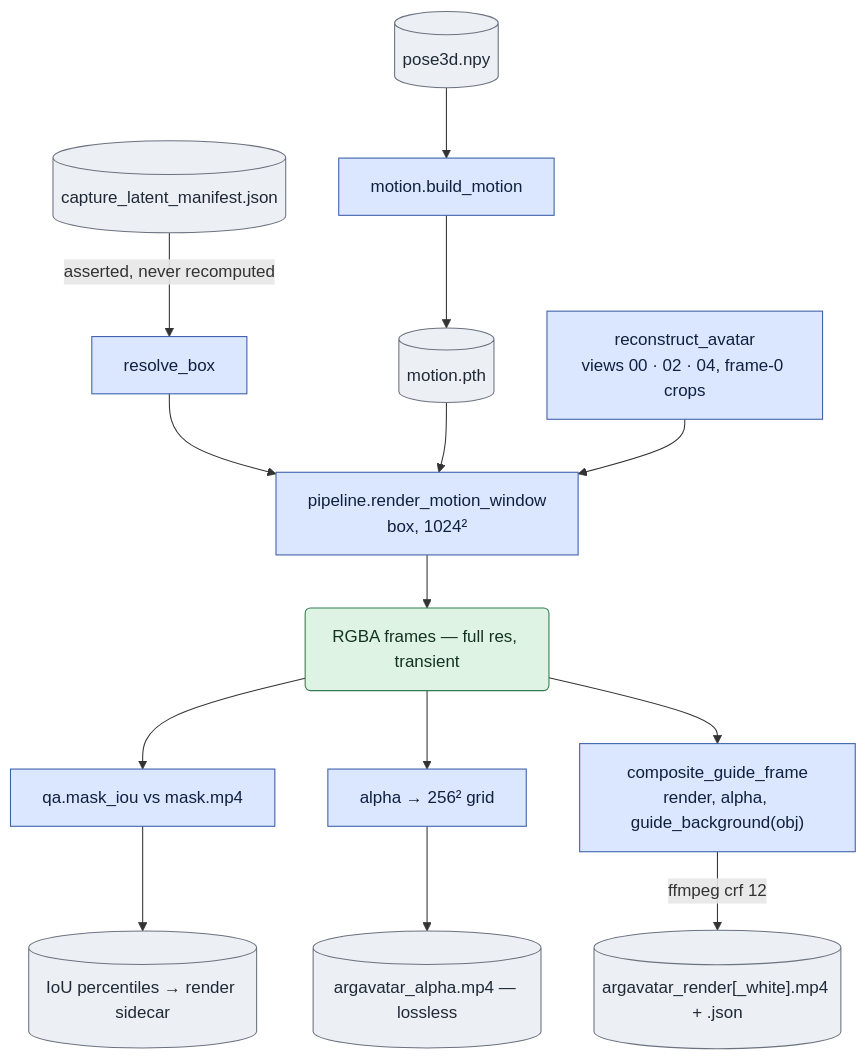
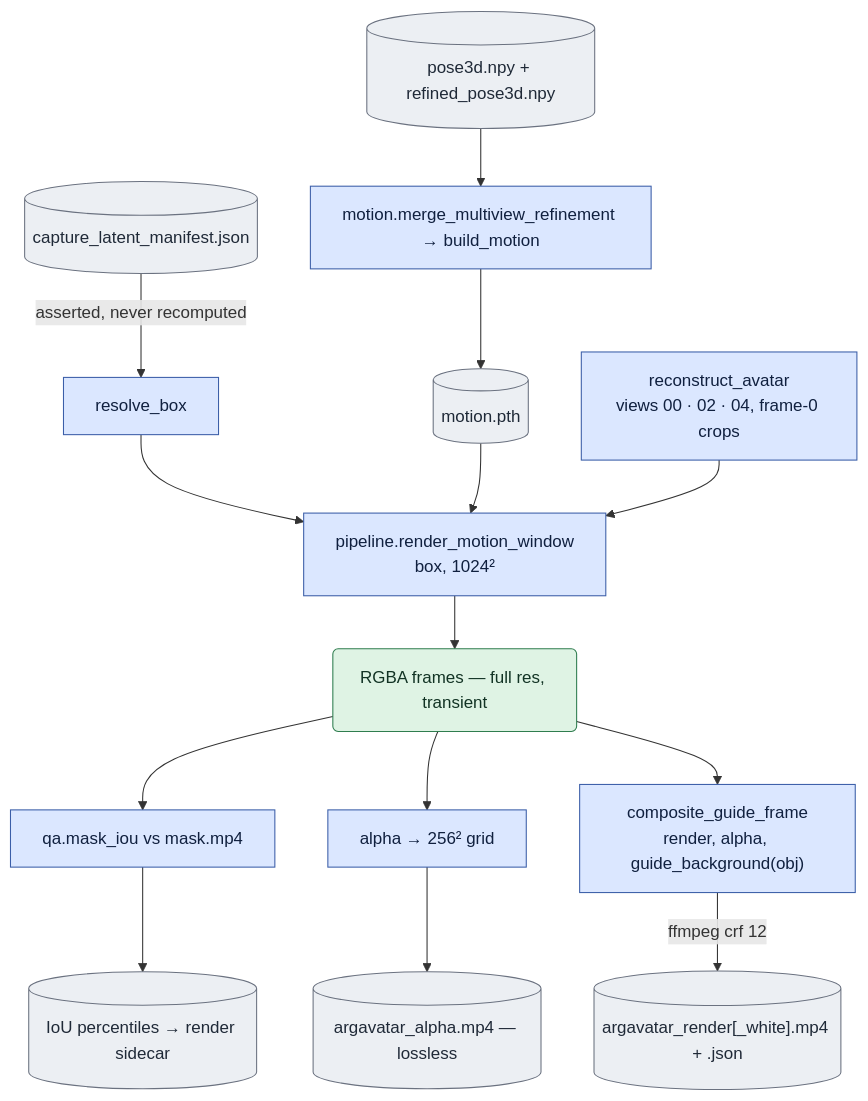
The diagram in scripts/onestep_avatar/doc/build_guidance.md (AtlantixJJ/LTX-2), drawn with Mermaid before and after one commit. The commit also changed other lines of this file and 18 other files, not shown here.

First line of the commit message:
feat(onestep_avatar): support multiview pose refinement, multi-step schedules, and guide renoise probes

````diff
--- a/scripts/onestep_avatar/doc/build_guidance.md
+++ b/scripts/onestep_avatar/doc/build_guidance.md
@@ -13,32 +13,32 @@
 ```mermaid
 flowchart TD
   MAN[("capture_latent_manifest.json")]
   BOX["resolve_box"]
-  POSE[("pose3d.npy")]
-  MOT["motion.build_motion"]
+  POSE[("pose3d.npy + refined_pose3d.npy")]
+  MOT["motion.merge_multiview_refinement → build_motion"]
   MOTPTH[("motion.pth")]
   RECON["reconstruct_avatar<br/>views 00 · 02 · 04, frame-0 crops"]
   RENDER["pipeline.render_motion_window<br/>box, 1024²"]
   RGBA("RGBA frames — full res, transient")
   IOU["qa.mask_iou vs mask.mp4"]
   ALPHA["alpha → 256² grid"]
   COMP["composite_guide_frame<br/>render, alpha, guide_background(obj)"]
   SIDE[("IoU percentiles → render sidecar")]
   AMP4[("argavatar_alpha.mp4 — lossless")]
   MP4[("argavatar_render[_white].mp4 + .json")]
 
   MAN -->|"asserted, never recomputed"| BOX --> RENDER
   POSE --> MOT --> MOTPTH --> RENDER
   RECON --> RENDER
   RENDER --> RGBA
   RGBA --> IOU --> SIDE
   RGBA --> ALPHA --> AMP4
   RGBA --> COMP -->|"ffmpeg crf 12"| MP4
 
   classDef proc fill:#dbe7ff,stroke:#3b5ea8,color:#10203f;
   classDef disk fill:#eceff3,stroke:#6b7280,color:#1f2937;
   classDef mem fill:#dff3e4,stroke:#2f7d4f,color:#123324;
   class BOX,MOT,RECON,RENDER,IOU,ALPHA,COMP proc;
   class MAN,POSE,MOTPTH,SIDE,AMP4,MP4 disk;
   class RGBA mem;
 ```
````
